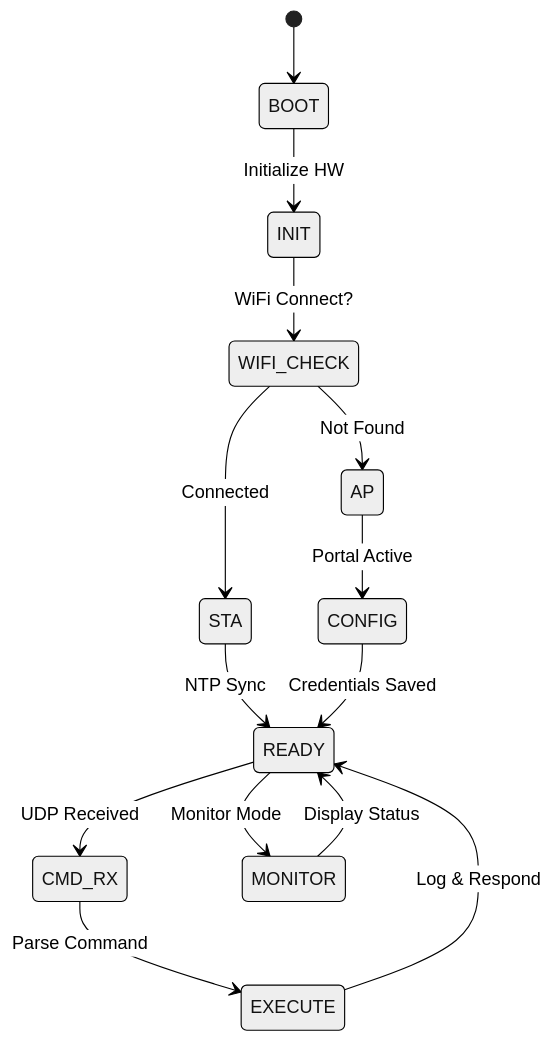
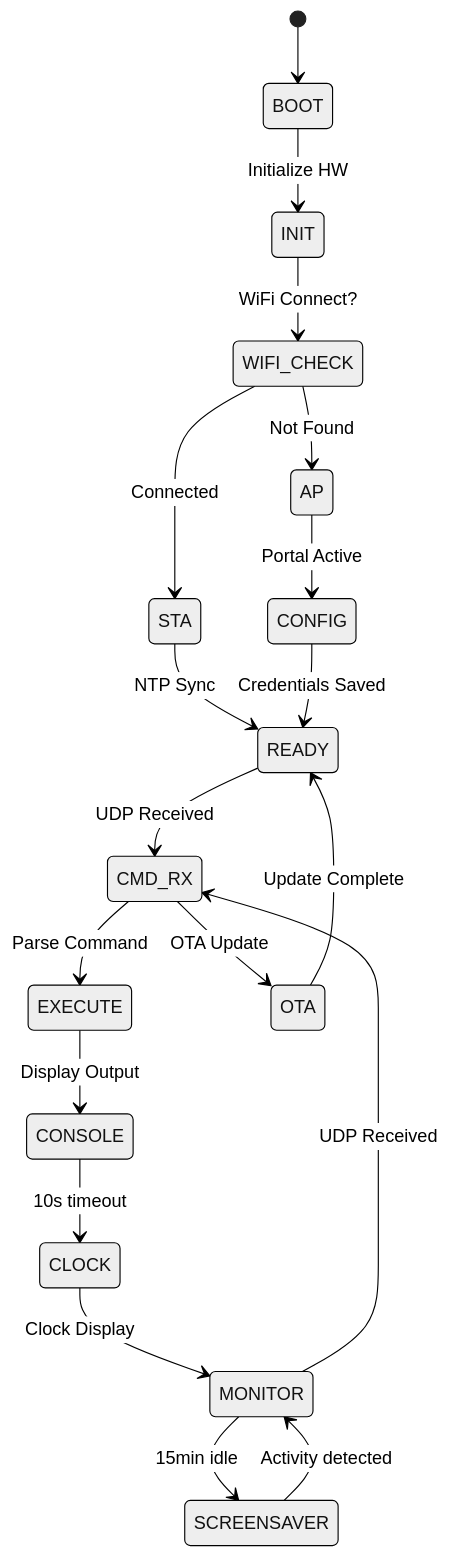
The ninth of 12 diagrams in README.md (paulocfmarques-collab/esp32C6), drawn with Mermaid (neutral theme) before and after one commit. The commit also changed other lines of this file, not shown here.

Commit message:
docs: complete README upgrade with ClimaManager and OTAManager documentation

````diff
--- a/README.md
+++ b/README.md
@@ -302,21 +482,27 @@
 ```mermaid
 stateDiagram-v2
     [*] --> BOOT
     
     BOOT --> INIT: Initialize HW
     INIT --> WIFI_CHECK: WiFi Connect?
     
     WIFI_CHECK --> STA: Connected
     WIFI_CHECK --> AP: Not Found
     
     STA --> READY: NTP Sync
     AP --> CONFIG: Portal Active
     CONFIG --> READY: Credentials Saved
     
     READY --> CMD_RX: UDP Received
     CMD_RX --> EXECUTE: Parse Command
-    EXECUTE --> READY: Log & Respond
+    EXECUTE --> CONSOLE: Display Output
     
-    READY --> MONITOR: Monitor Mode
-    MONITOR --> READY: Display Status
+    CONSOLE --> CLOCK: 10s timeout
+    CLOCK --> MONITOR: Clock Display
+    MONITOR --> SCREENSAVER: 15min idle
+    SCREENSAVER --> MONITOR: Activity detected
+    
+    MONITOR --> CMD_RX: UDP Received
+    CMD_RX --> OTA: OTA Update
+    OTA --> READY: Update Complete
 ```
````
